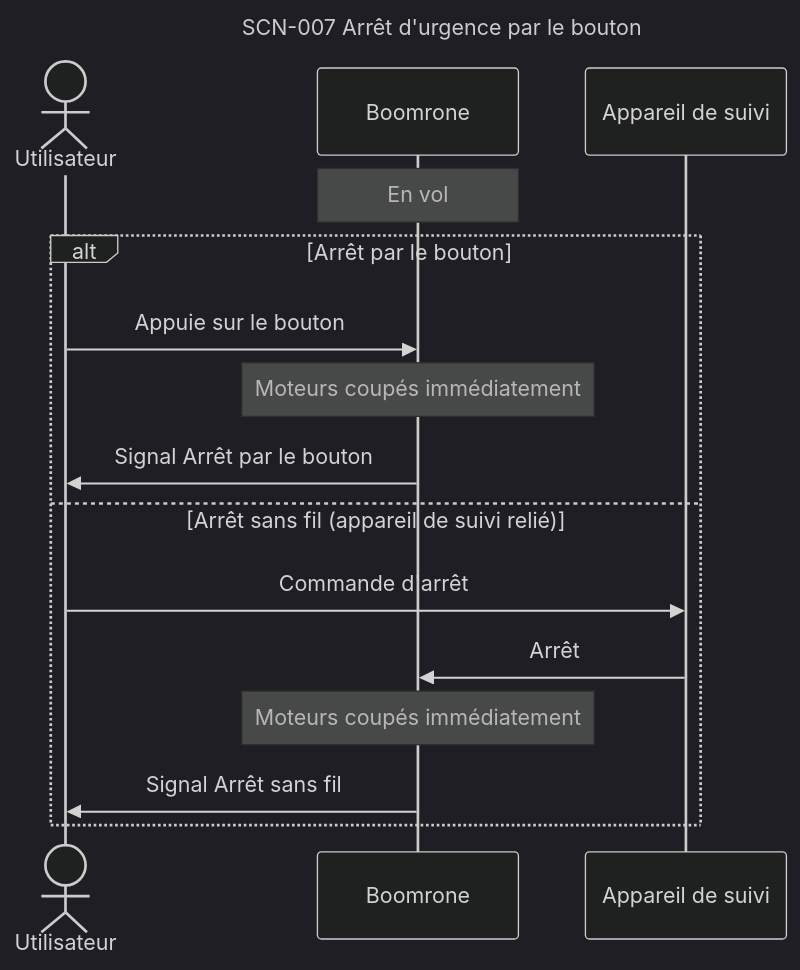
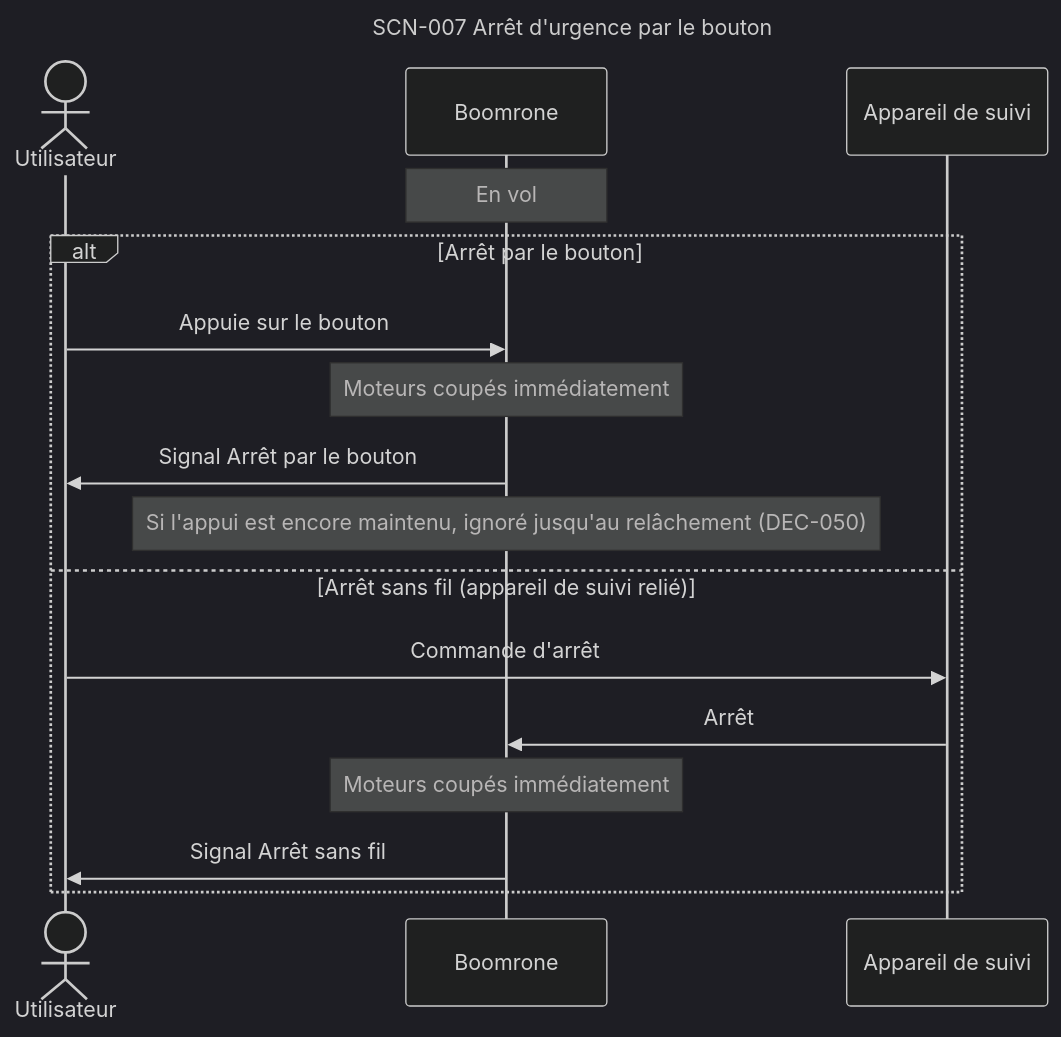
One commit to thourymatthieu-png/coworker_archi_system changed the ninth of 13 diagrams in projets/boomrone/00-scenarios.md. Above: the diagram before and after it, drawn with Mermaid (dark theme). The commit also changed other lines of this file and 1 other file, not shown here.

First line of the commit message:
Boomrone : alignement des diagrammes de scénarios sur DEC-049 à DEC-051

````diff
--- a/projets/boomrone/00-scenarios.md
+++ b/projets/boomrone/00-scenarios.md
@@ -323,20 +324,21 @@
 ```mermaid
 ---
 title: "SCN-007 Arrêt d'urgence par le bouton"
 ---
 sequenceDiagram
     actor U as Utilisateur
     participant D as Boomrone
     participant A as Appareil de suivi
     Note over D: En vol
     alt Arrêt par le bouton
         U->>D: Appuie sur le bouton
         Note over D: Moteurs coupés immédiatement
         D->>U: Signal Arrêt par le bouton
+        Note over D: Si l'appui est encore maintenu, ignoré jusqu'au relâchement (DEC-050)
     else Arrêt sans fil (appareil de suivi relié)
         U->>A: Commande d'arrêt
         A->>D: Arrêt
         Note over D: Moteurs coupés immédiatement
         D->>U: Signal Arrêt sans fil
     end
 ```
````
